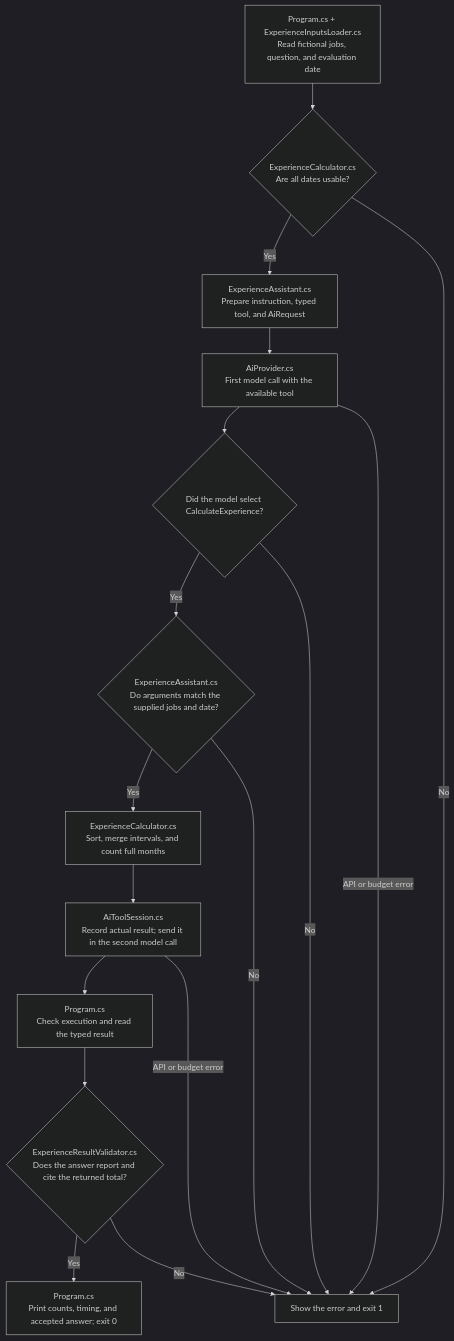
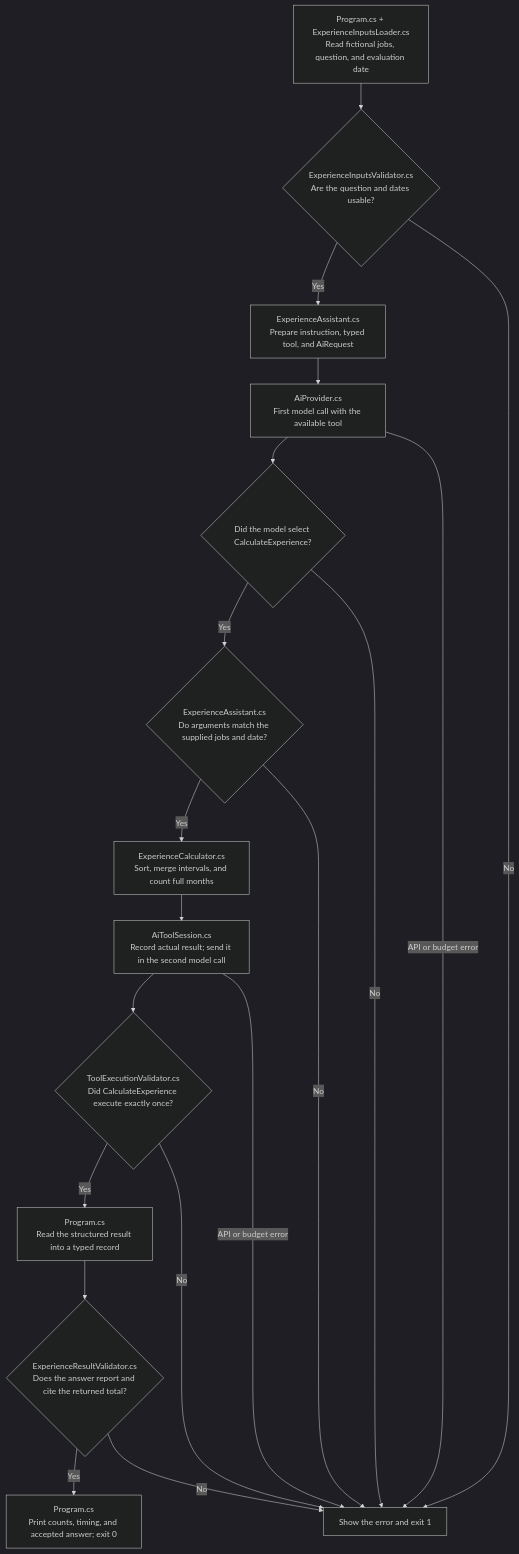
The diagram in 04-function-calling/function-calling/README.md (KhosroPakmanesh/ai-engineering-training), drawn with Mermaid (dark theme) before and after one commit. The commit also changed other lines of this file and 15 other files, not shown here.

````diff
--- a/04-function-calling/function-calling/README.md
+++ b/04-function-calling/function-calling/README.md
@@ -16,19 +16,21 @@
 ```mermaid
 flowchart TD
-    A["Program.cs + ExperienceInputsLoader.cs<br/>Read fictional jobs, question, and evaluation date"] --> B{"ExperienceCalculator.cs<br/>Are all dates usable?"}
+    A["Program.cs + ExperienceInputsLoader.cs<br/>Read fictional jobs, question, and evaluation date"] --> B{"ExperienceInputsValidator.cs<br/>Are the question and dates usable?"}
     B -->|Yes| C["ExperienceAssistant.cs<br/>Prepare instruction, typed tool, and AiRequest"]
     C --> D["AiProvider.cs<br/>First model call with the available tool"]
     D --> E{"Did the model select CalculateExperience?"}
     E -->|Yes| F{"ExperienceAssistant.cs<br/>Do arguments match the supplied jobs and date?"}
     F -->|Yes| G["ExperienceCalculator.cs<br/>Sort, merge intervals, and count full months"]
     G --> H["AiToolSession.cs<br/>Record actual result; send it in the second model call"]
-    H --> I["Program.cs<br/>Check execution and read the typed result"]
-    I --> J{"ExperienceResultValidator.cs<br/>Does the answer report and cite the returned total?"}
+    H --> I{"ToolExecutionValidator.cs<br/>Did CalculateExperience execute exactly once?"}
+    I -->|Yes| P["Program.cs<br/>Read the structured result into a typed record"]
+    P --> J{"ExperienceResultValidator.cs<br/>Does the answer report and cite the returned total?"}
     J -->|Yes| K["Program.cs<br/>Print counts, timing, and accepted answer; exit 0"]
     B -->|No| X["Show the error and exit 1"]
     E -->|No| X
     F -->|No| X
+    I -->|No| X
     J -->|No| X
     D -->|API or budget error| X
     H -->|API or budget error| X
 ```
````
